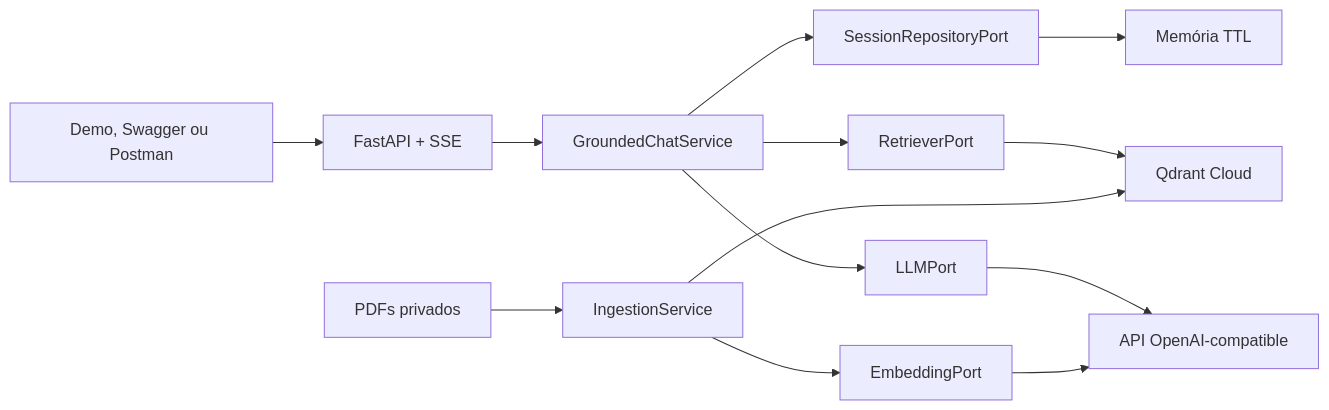
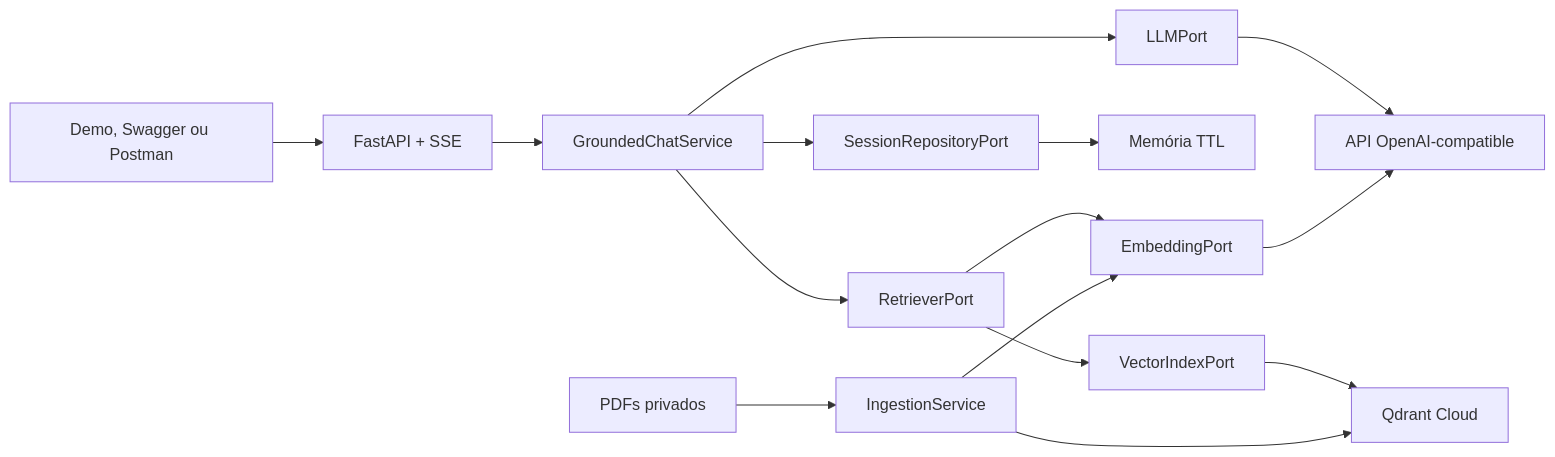
One commit to clenio-galvao/desafio-albert changed the diagram in README.md. Above: the diagram before and after it, drawn with Mermaid. The commit also changed other lines of this file and 36 other files, not shown here.

````diff
--- a/README.md
+++ b/README.md
@@ -38,15 +38,17 @@
 ```mermaid
 flowchart LR
     Client[Demo, Swagger ou Postman] --> API[FastAPI + SSE]
     API --> Chat[GroundedChatService]
     Chat --> Session[SessionRepositoryPort]
     Chat --> Retriever[RetrieverPort]
     Chat --> LLM[LLMPort]
     Session --> Memory[Memória TTL]
-    Retriever --> Qdrant[Qdrant Cloud]
+    Retriever --> Embedding[EmbeddingPort]
+    Retriever --> Index[VectorIndexPort]
+    Index --> Qdrant[Qdrant Cloud]
     LLM --> Gateway[API OpenAI-compatible]
     PDFs[PDFs privados] --> Ingest[IngestionService]
-    Ingest --> Embedding[EmbeddingPort]
+    Ingest --> Embedding
     Embedding --> Gateway
     Ingest --> Qdrant
 ```
````
